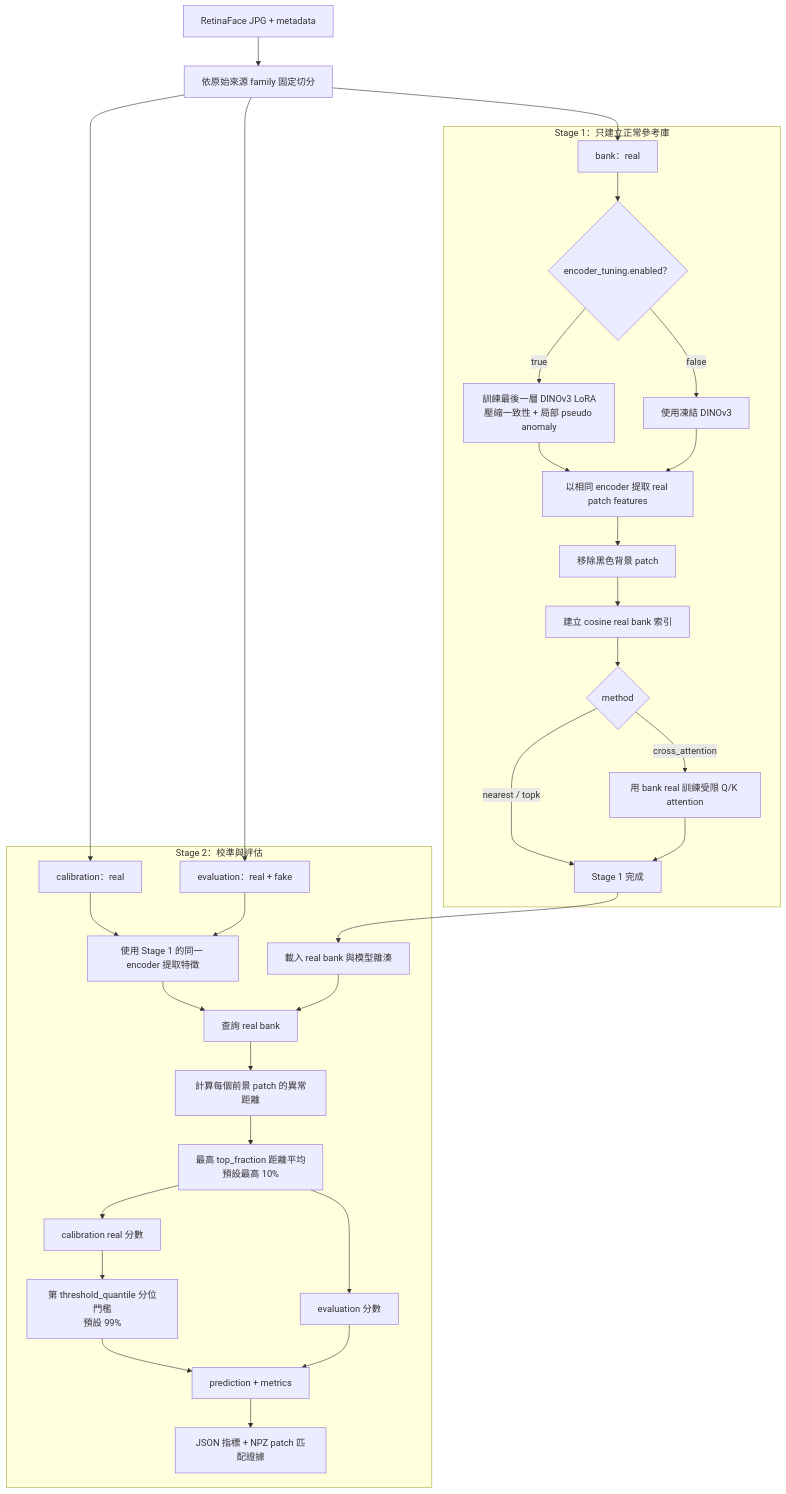
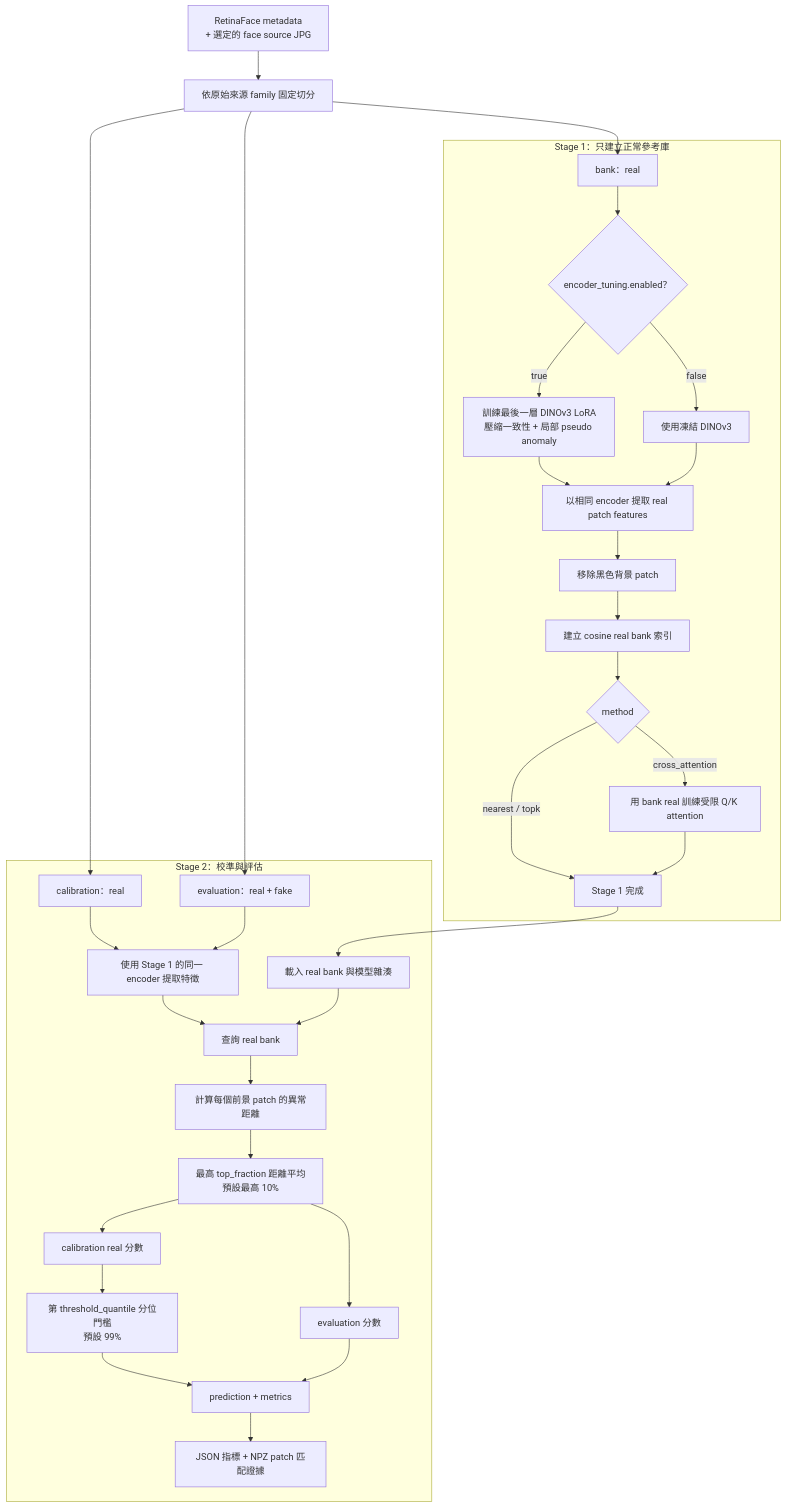
The fourth of 4 diagrams in README.md (IlikeBB/DeepFakeSecurity), drawn with Mermaid before and after one commit. The commit also changed other lines of this file and 5 other files, not shown here.

````diff
--- a/README.md
+++ b/README.md
@@ -137,37 +142,37 @@
 ```mermaid
 flowchart TD
-    A["RetinaFace JPG + metadata"] --> B["依原始來源 family 固定切分"]
+    A["RetinaFace metadata<br/>+ 選定的 face source JPG"] --> B["依原始來源 family 固定切分"]
     B --> B1["bank：real"]
     B --> B2["calibration：real"]
     B --> B3["evaluation：real + fake"]
 
     subgraph ST1["Stage 1：只建立正常參考庫"]
         B1 --> C{"encoder_tuning.enabled？"}
         C -->|true| D["訓練最後一層 DINOv3 LoRA<br/>壓縮一致性 + 局部 pseudo anomaly"]
         C -->|false| E["使用凍結 DINOv3"]
         D --> F["以相同 encoder 提取 real patch features"]
         E --> F
         F --> G["移除黑色背景 patch"]
         G --> H["建立 cosine real bank 索引"]
         H --> I{"method"}
         I -->|cross_attention| J["用 bank real 訓練受限 Q/K attention"]
         I -->|nearest / topk| K["Stage 1 完成"]
         J --> K
     end
 
     subgraph ST2["Stage 2：校準與評估"]
         B2 --> L["使用 Stage 1 的同一 encoder 提取特徵"]
         B3 --> L
         K --> M["載入 real bank 與模型雜湊"]
         L --> N["查詢 real bank"]
         M --> N
         N --> O["計算每個前景 patch 的異常距離"]
         O --> P["最高 top_fraction 距離平均<br/>預設最高 10%"]
         P --> Q["calibration real 分數"]
         P --> R["evaluation 分數"]
         Q --> S["第 threshold_quantile 分位門檻<br/>預設 99%"]
         S --> T["prediction + metrics"]
         R --> T
         T --> U["JSON 指標 + NPZ patch 匹配證據"]
     end
 ```
````
